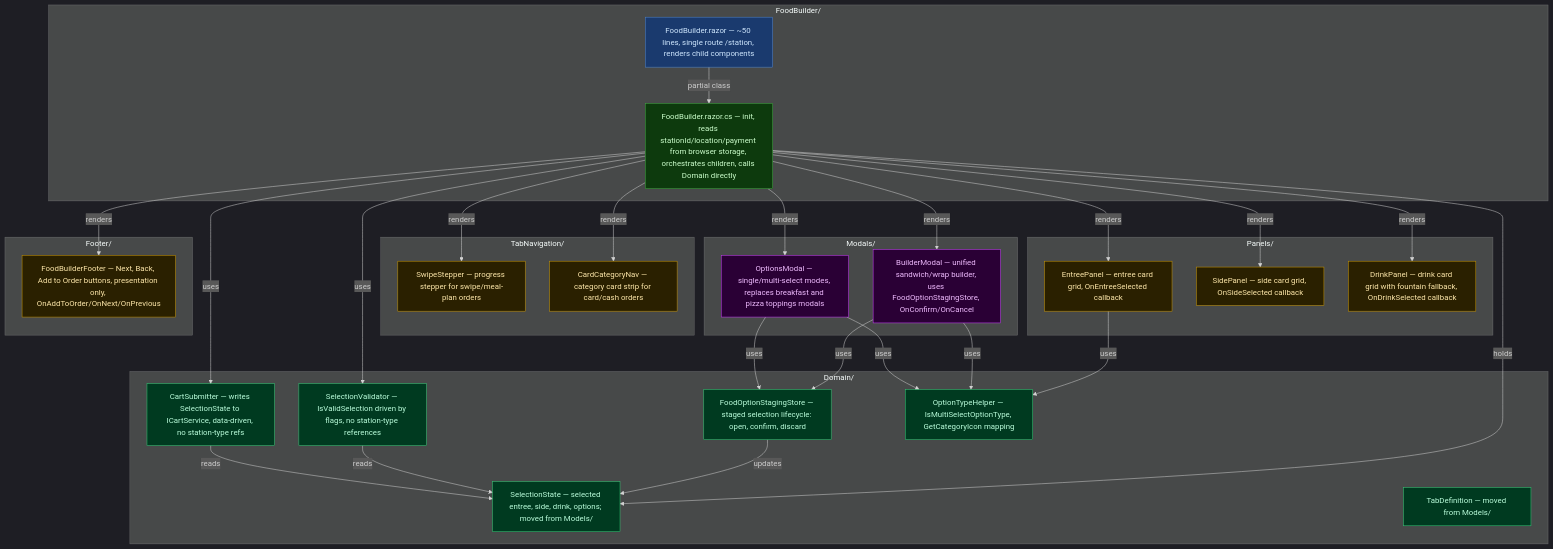
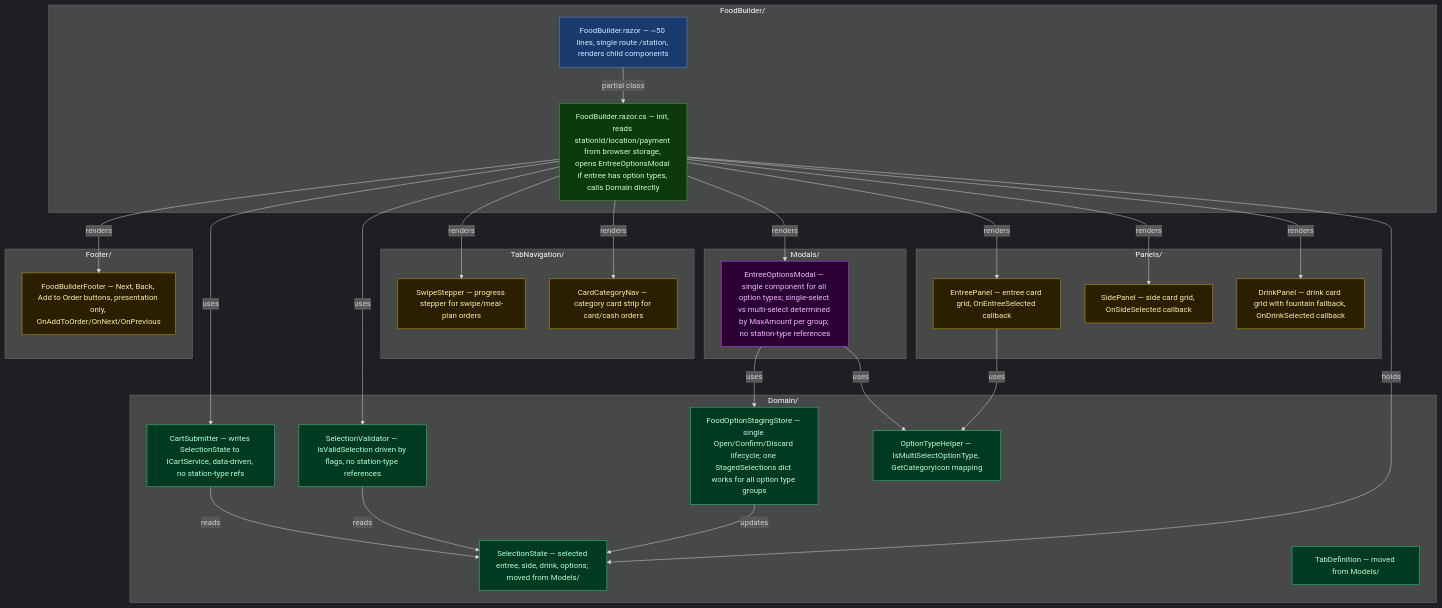
The second of 2 diagrams in docs/foodbuilder_gameplan.md (tjwalkr3/snow-cafeteria-portal), drawn with Mermaid before and after one commit. The commit also changed other lines of this file, not shown here.

````diff
--- a/docs/foodbuilder_gameplan.md
+++ b/docs/foodbuilder_gameplan.md
@@ -137,64 +146,60 @@
 ```mermaid
 %%{init: {'theme': 'dark'}}%%
 graph TB
     classDef page      fill:#1a3a6e,stroke:#5588cc,color:#d0e8ff
     classDef cb        fill:#0d3a0d,stroke:#44aa44,color:#ccffcc
     classDef component fill:#2a2000,stroke:#cc9900,color:#ffe8aa
     classDef modal     fill:#2a0035,stroke:#cc44ff,color:#f0bbff
     classDef domain    fill:#003a20,stroke:#33cc77,color:#bbffdd
 
     subgraph fb["FoodBuilder/"]
         FBR["FoodBuilder.razor — ~50 lines, single route /station, renders child components"]:::page
-        FBCS["FoodBuilder.razor.cs — init, reads stationId/location/payment from browser storage, orchestrates children, calls Domain directly"]:::cb
+        FBCS["FoodBuilder.razor.cs — init, reads stationId/location/payment from browser storage, opens EntreeOptionsModal if entree has option types, calls Domain directly"]:::cb
     end
 
     subgraph tabnav["TabNavigation/"]
         SWS["SwipeStepper — progress stepper for swipe/meal-plan orders"]:::component
         CCN["CardCategoryNav — category card strip for card/cash orders"]:::component
     end
 
     subgraph panels["Panels/"]
         EP["EntreePanel — entree card grid, OnEntreeSelected callback"]:::component
         SP["SidePanel — side card grid, OnSideSelected callback"]:::component
         DP["DrinkPanel — drink card grid with fountain fallback, OnDrinkSelected callback"]:::component
     end
 
     subgraph modals["Modals/"]
-        BM["BuilderModal — unified sandwich/wrap builder, uses FoodOptionStagingStore, OnConfirm/OnCancel"]:::modal
-        OM["OptionsModal — single/multi-select modes, replaces breakfast and pizza toppings modals"]:::modal
+        EOM["EntreeOptionsModal — single component for all option types; single-select vs multi-select determined by MaxAmount per group; no station-type references"]:::modal
     end
 
     subgraph footer["Footer/"]
         FF["FoodBuilderFooter — Next, Back, Add to Order buttons, presentation only, OnAddToOrder/OnNext/OnPrevious"]:::component
     end
 
     subgraph domain["Domain/"]
         SEL["SelectionState — selected entree, side, drink, options; moved from Models/"]:::domain
         TD2["TabDefinition — moved from Models/"]:::domain
         VAL["SelectionValidator — IsValidSelection driven by flags, no station-type references"]:::domain
         CART["CartSubmitter — writes SelectionState to ICartService, data-driven, no station-type refs"]:::domain
-        STAGE["FoodOptionStagingStore — staged selection lifecycle: open, confirm, discard"]:::domain
+        STAGE["FoodOptionStagingStore — single Open/Confirm/Discard lifecycle; one StagedSelections dict works for all option type groups"]:::domain
         OTH["OptionTypeHelper — IsMultiSelectOptionType, GetCategoryIcon mapping"]:::domain
     end
 
     FBR --> |partial class| FBCS
     FBCS --> |renders| SWS
     FBCS --> |renders| CCN
     FBCS --> |renders| EP
     FBCS --> |renders| SP
     FBCS --> |renders| DP
-    FBCS --> |renders| BM
-    FBCS --> |renders| OM
+    FBCS --> |renders| EOM
     FBCS --> |renders| FF
     FBCS --> |uses| VAL
     FBCS --> |uses| CART
     FBCS --> |holds| SEL
-    BM --> |uses| STAGE
-    OM --> |uses| STAGE
+    EOM --> |uses| STAGE
     STAGE --> |updates| SEL
     VAL --> |reads| SEL
     CART --> |reads| SEL
     EP --> |uses| OTH
-    BM --> |uses| OTH
-    OM --> |uses| OTH
+    EOM --> |uses| OTH
 ```
````
